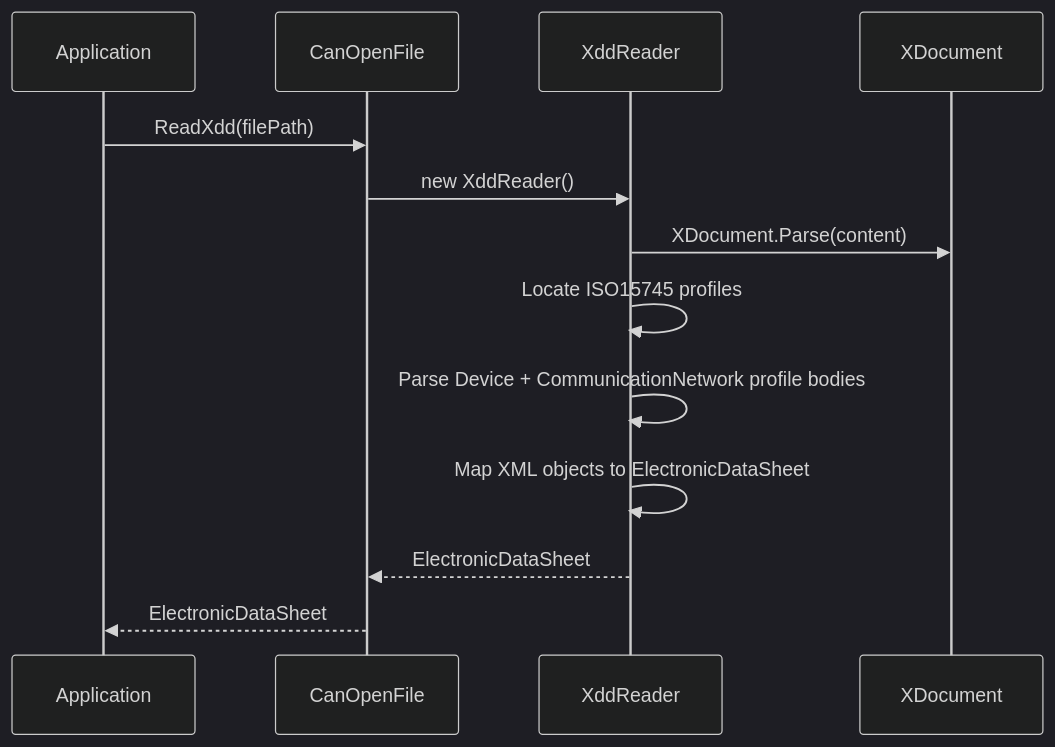
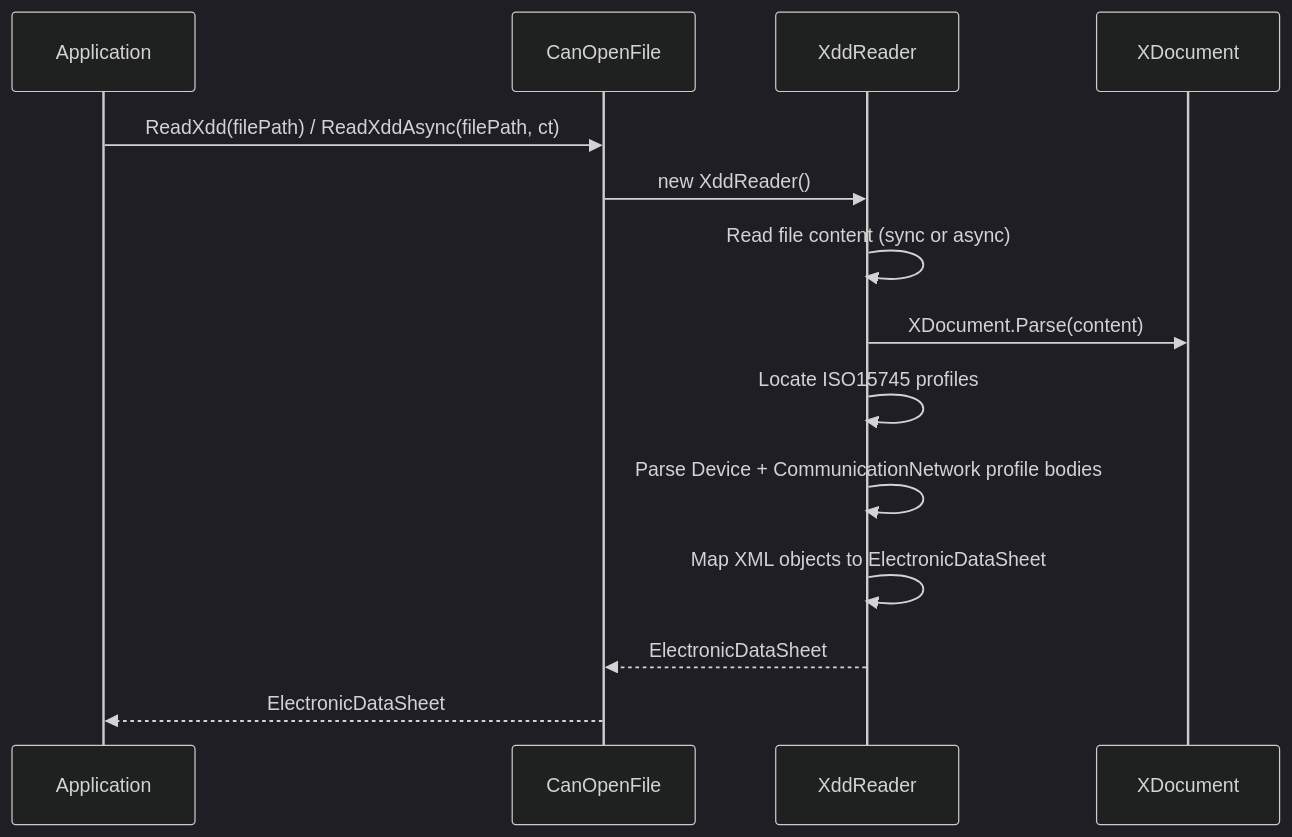
Before and after one commit to dborgards/eds-dcf-net: the sixth of 8 diagrams in docs/architecture/06-runtime-view.md, drawn with Mermaid (dark theme). The commit also changed other lines of this file and 27 other files, not shown here.

First line of the commit message:
feat(io): add async read/write APIs for CANopen files (#94)

````diff
--- a/docs/architecture/06-runtime-view.md
+++ b/docs/architecture/06-runtime-view.md
@@ -126,16 +130,17 @@
 ```mermaid
 sequenceDiagram
     participant App as Application
     participant CF as CanOpenFile
     participant XR as XddReader
     participant XML as XDocument
 
-    App->>CF: ReadXdd(filePath)
+    App->>CF: ReadXdd(filePath) / ReadXddAsync(filePath, ct)
     CF->>XR: new XddReader()
+    XR->>XR: Read file content (sync or async)
     XR->>XML: XDocument.Parse(content)
     XR->>XR: Locate ISO15745 profiles
     XR->>XR: Parse Device + CommunicationNetwork profile bodies
     XR->>XR: Map XML objects to ElectronicDataSheet
     XR-->>CF: ElectronicDataSheet
     CF-->>App: ElectronicDataSheet
 ```
````
